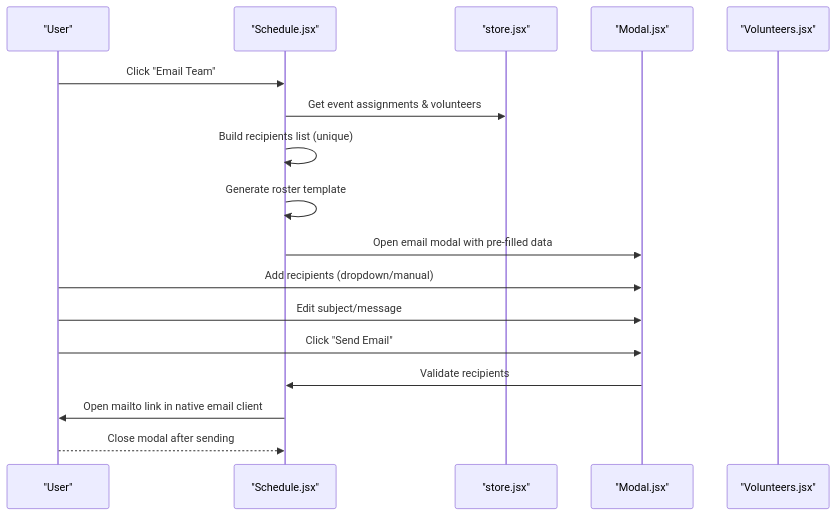
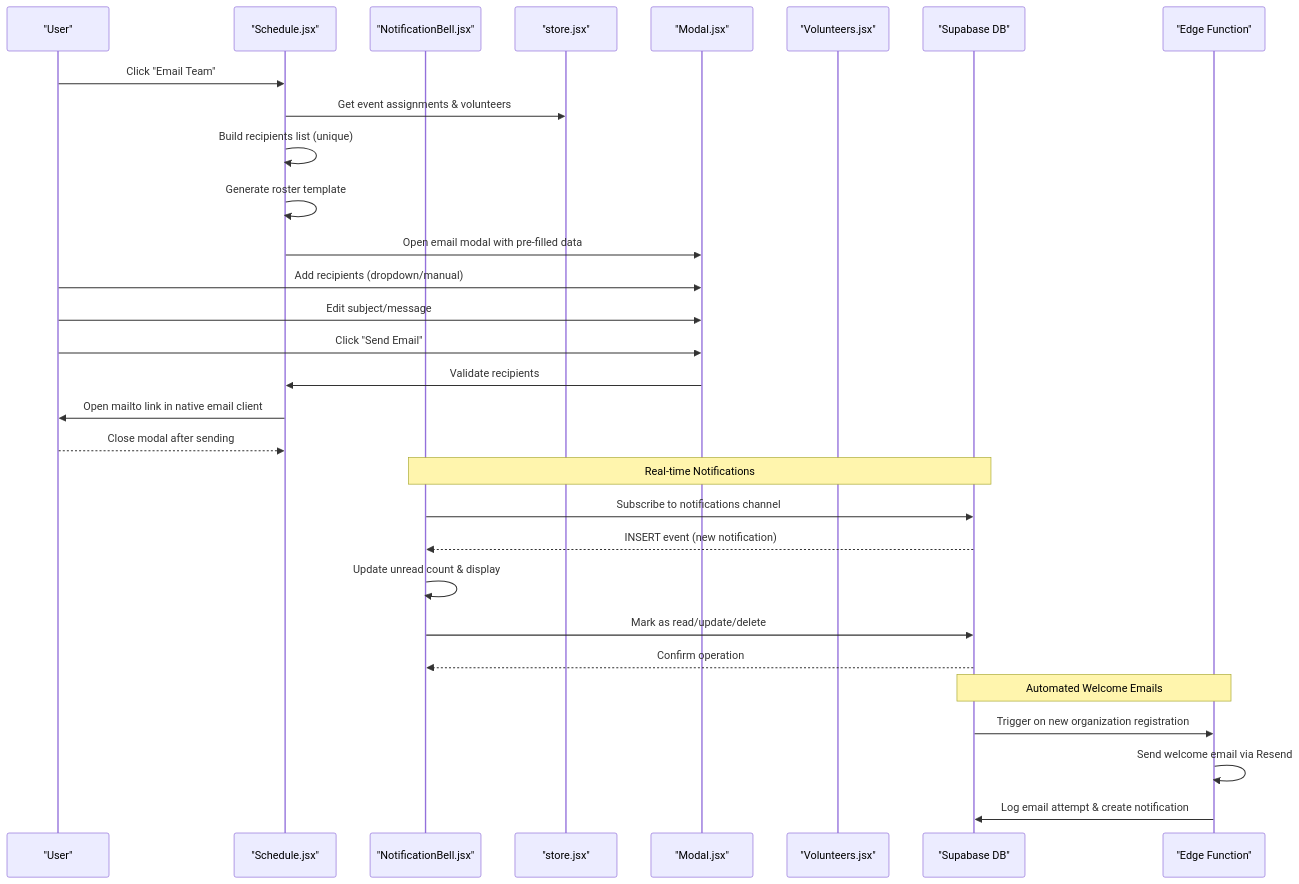
One commit to netdaniel/serveflow changed the second of 10 diagrams in .qoder/repowiki/en/content/Service Scheduling Platform/Email Notification Integration.md. Above: the diagram before and after it, drawn with Mermaid. The commit also changed other lines of this file and 9 other files, not shown here.

Commit message:
Add Supabase CLI binary and notification system files

````diff
--- a/.qoder/repowiki/en/content/Service Scheduling Platform/Email Notification Integration.md
+++ b/.qoder/repowiki/en/content/Service Scheduling Platform/Email Notification Integration.md
@@ -94,19 +144,32 @@
 ```mermaid
 sequenceDiagram
 participant U as "User"
 participant S as "Schedule.jsx"
+participant NB as "NotificationBell.jsx"
 participant ST as "store.jsx"
 participant M as "Modal.jsx"
 participant V as "Volunteers.jsx"
+participant DB as "Supabase DB"
+participant EF as "Edge Function"
 U->>S : Click "Email Team"
 S->>ST : Get event assignments & volunteers
 S->>S : Build recipients list (unique)
 S->>S : Generate roster template
 S->>M : Open email modal with pre-filled data
 U->>M : Add recipients (dropdown/manual)
 U->>M : Edit subject/message
 U->>M : Click "Send Email"
 M->>S : Validate recipients
 S->>U : Open mailto link in native email client
 U-->>S : Close modal after sending
+Note over NB,DB : Real-time Notifications
+NB->>DB : Subscribe to notifications channel
+DB-->>NB : INSERT event (new notification)
+NB->>NB : Update unread count & display
+NB->>DB : Mark as read/update/delete
+DB-->>NB : Confirm operation
+Note over EF,DB : Automated Welcome Emails
+DB->>EF : Trigger on new organization registration
+EF->>EF : Send welcome email via Resend
+EF->>DB : Log email attempt & create notification
 ```
````
